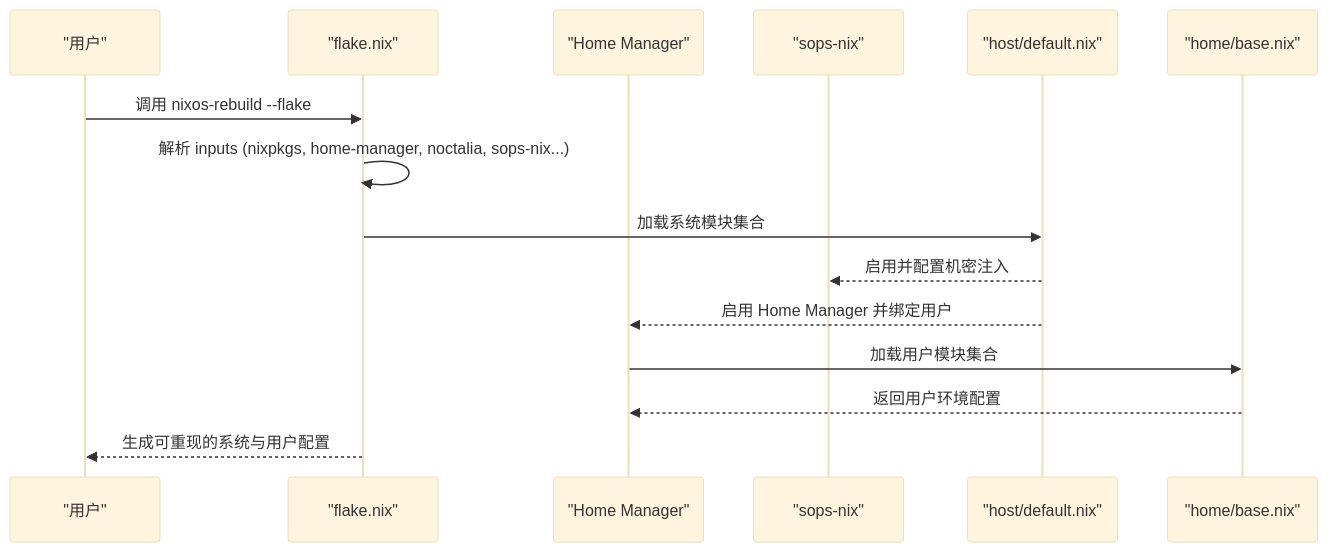
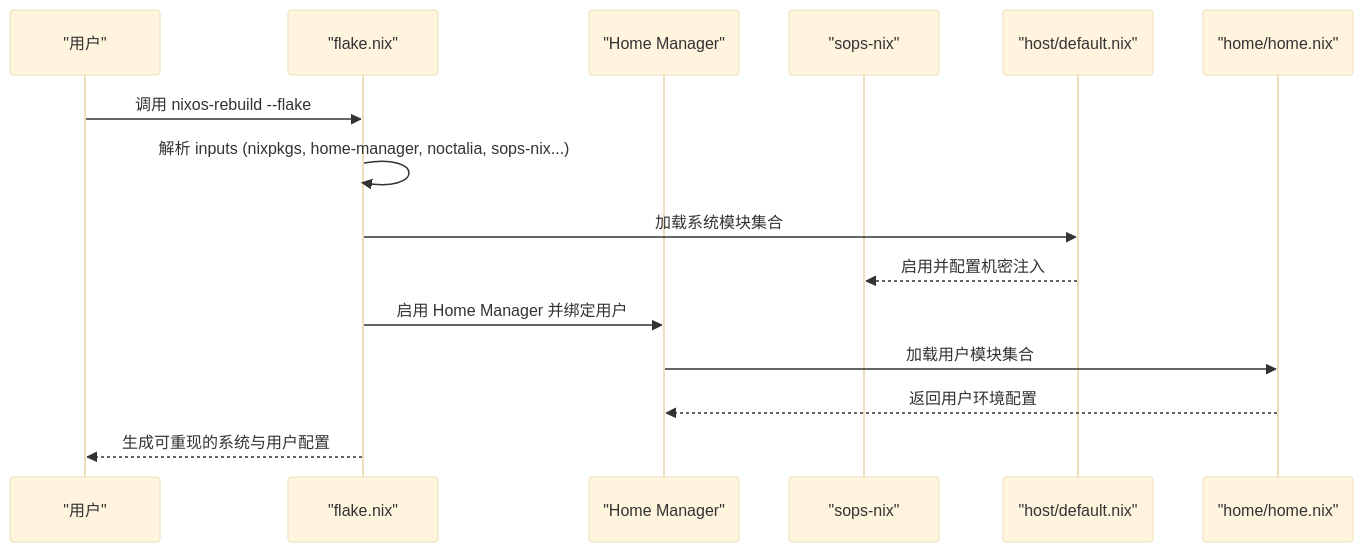
The third of 3 diagrams in wiki/architecture/flake.md (Shangshui0302/myNixOSConfig), drawn with Mermaid (base theme) before and after one commit. The commit also changed other lines of this file and 2 other files, not shown here.

Commit message:
docs(architecture): align module graphs with current entry points

````diff
--- a/wiki/architecture/flake.md
+++ b/wiki/architecture/flake.md
@@ -87,17 +87,17 @@
 ```mermaid
 sequenceDiagram
 participant User as "用户"
 participant Flake as "flake.nix"
 participant HM as "Home Manager"
 participant SOPS as "sops-nix"
 participant Host as "host/default.nix"
-participant Home as "home/base.nix"
+participant Home as "home/home.nix"
 User->>Flake : 调用 nixos-rebuild --flake
 Flake->>Flake : 解析 inputs (nixpkgs, home-manager, noctalia, sops-nix...)
 Flake->>Host : 加载系统模块集合
 Host-->>SOPS : 启用并配置机密注入
-Host-->>HM : 启用 Home Manager 并绑定用户
+Flake->>HM : 启用 Home Manager 并绑定用户
 HM->>Home : 加载用户模块集合
 Home-->>HM : 返回用户环境配置
 Flake-->>User : 生成可重现的系统与用户配置
 ```
````
